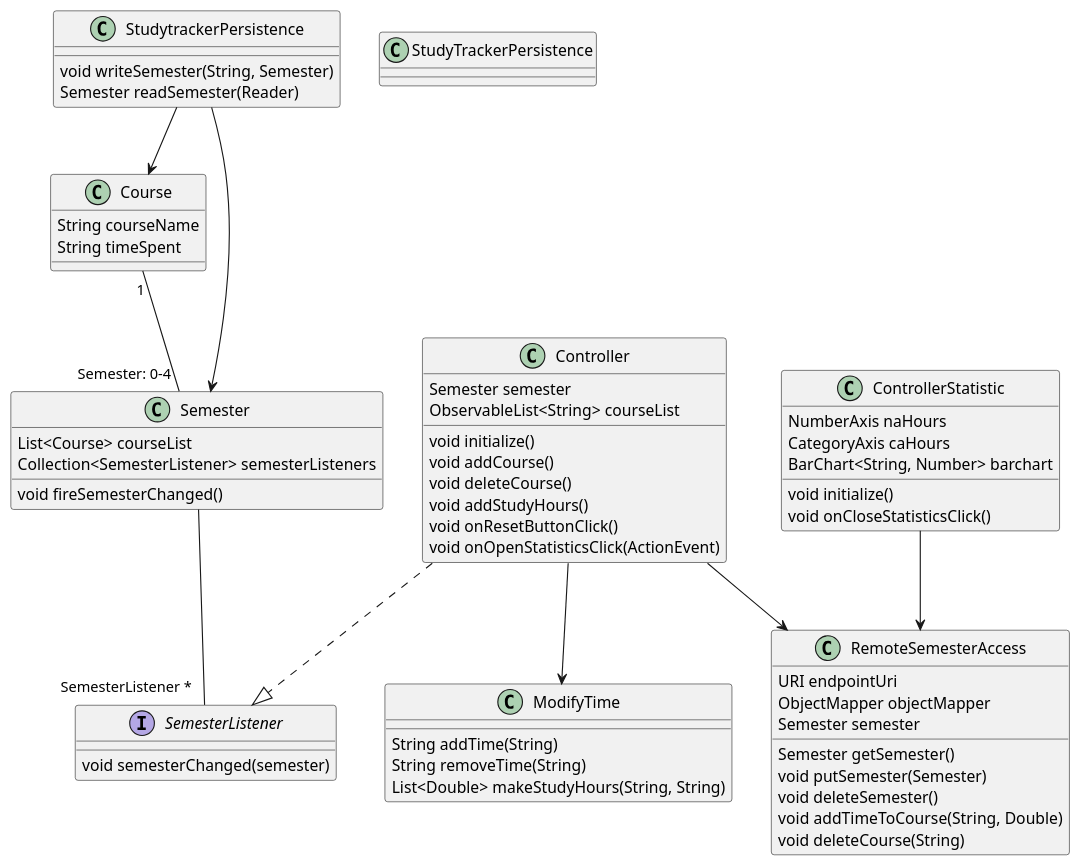
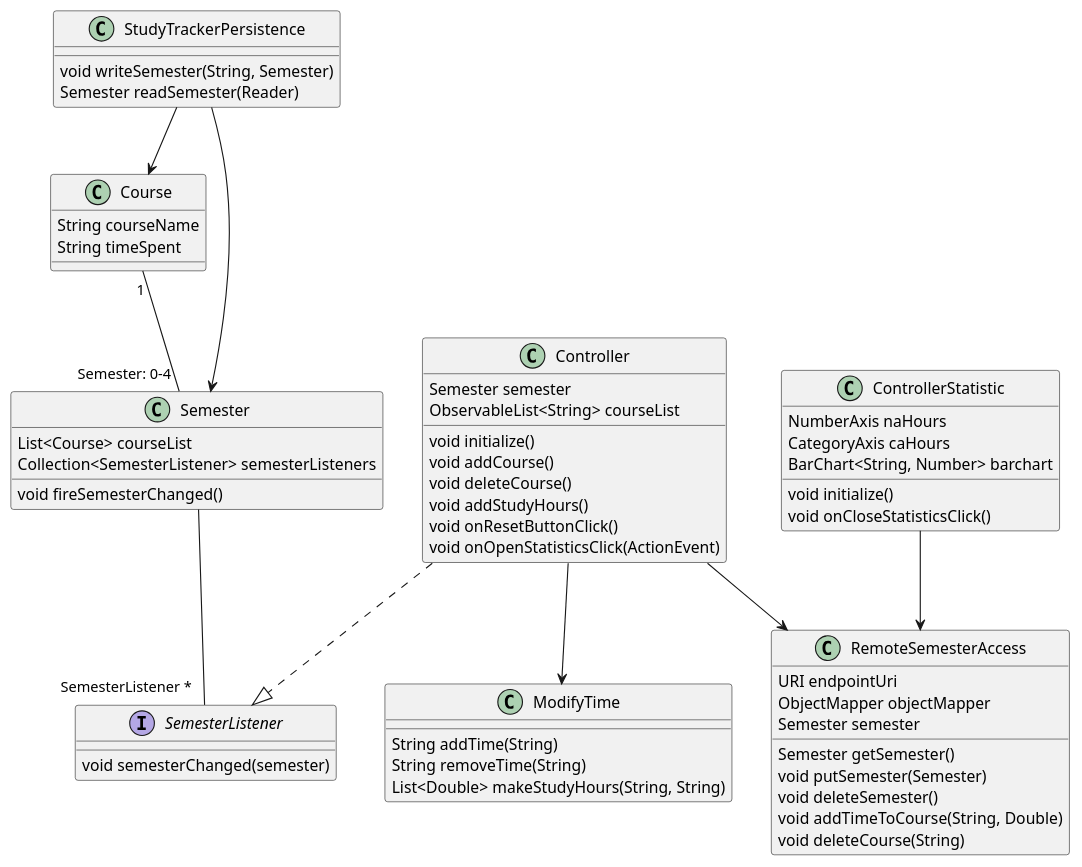
Before and after one commit to bmksimons/studytracker: the second of 4 diagrams in IT1901/README.md, drawn with PlantUML.

````diff
--- a/IT1901/README.md
+++ b/IT1901/README.md
@@ -104,60 +104,60 @@
 ```plantuml
 @startuml
 interface SemesterListener
 class Course
 class Semester
 class Controller
 class ControllerStatistic
 class RemoteSemesterAccess
 class ModifyTime
 class StudyTrackerPersistence
 
 Course "1" -- "Semester: 0-4" Semester
 Controller ..|> SemesterListener
 Semester -- "SemesterListener *" SemesterListener
 Controller --> RemoteSemesterAccess
 ControllerStatistic --> RemoteSemesterAccess
 Controller --> ModifyTime
-StudytrackerPersistence --> Semester
-StudytrackerPersistence --> Course
+StudyTrackerPersistence --> Semester
+StudyTrackerPersistence --> Course
 
 Course : String courseName
 Course : String timeSpent
 Semester : List<Course> courseList
 Semester : Collection<SemesterListener> semesterListeners
 Semester : void fireSemesterChanged()
 SemesterListener : void semesterChanged(semester)
 
 Controller : Semester semester
 Controller : ObservableList<String> courseList
 Controller : void initialize()
 Controller : void addCourse()
 Controller : void deleteCourse()
 Controller : void addStudyHours()
 Controller : void onResetButtonClick()
 Controller : void onOpenStatisticsClick(ActionEvent)
 
 ControllerStatistic : NumberAxis naHours
 ControllerStatistic : CategoryAxis caHours
 ControllerStatistic : BarChart<String, Number> barchart
 ControllerStatistic : void initialize()
 ControllerStatistic : void onCloseStatisticsClick()
 
 RemoteSemesterAccess : URI endpointUri
 RemoteSemesterAccess : ObjectMapper objectMapper
 RemoteSemesterAccess : Semester semester
 RemoteSemesterAccess : Semester getSemester()
 RemoteSemesterAccess : void putSemester(Semester)
 RemoteSemesterAccess : void deleteSemester()
 RemoteSemesterAccess : void addTimeToCourse(String, Double)
 RemoteSemesterAccess : void deleteCourse(String)
 
 ModifyTime : String addTime(String)
 ModifyTime : String removeTime(String)
 ModifyTime : List<Double> makeStudyHours(String, String)
 
-StudytrackerPersistence : void writeSemester(String, Semester)
-StudytrackerPersistence : Semester readSemester(Reader)
+StudyTrackerPersistence : void writeSemester(String, Semester)
+StudyTrackerPersistence : Semester readSemester(Reader)
 
 @enduml
 ```
````
